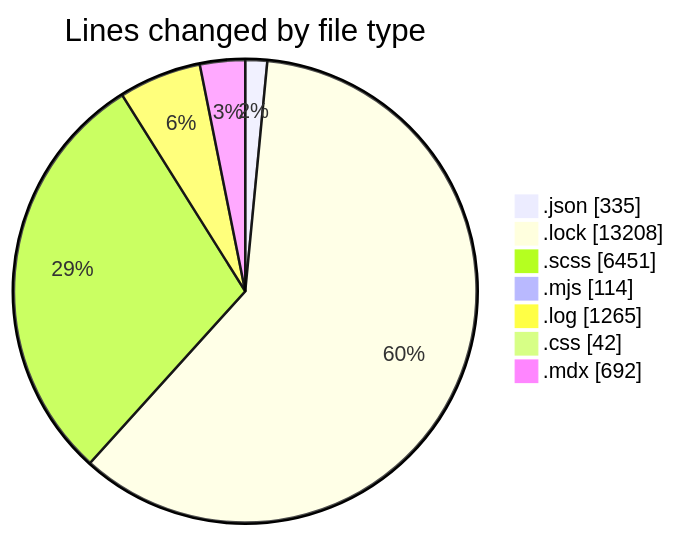
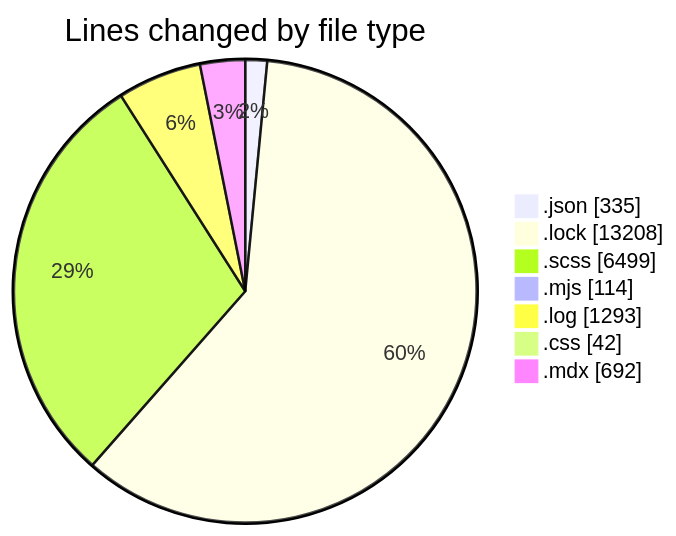
One commit to momahboobian/code-tracking changed the first of 2 diagrams in 2026-01-26/cda/README.md. Above: the diagram before and after it, drawn with Mermaid. The commit also changed other lines of this file and 1 other file, not shown here.

````diff
--- a/2026-01-26/cda/README.md
+++ b/2026-01-26/cda/README.md
@@ -41,11 +42,11 @@
 ```mermaid
 pie showData
 title Lines changed by file type
 ".json" : 335
 ".lock" : 13208
-".scss" : 6451
+".scss" : 6499
 ".mjs" : 114
-".log" : 1265
+".log" : 1293
 ".css" : 42
 ".mdx" : 692
 ```
````
